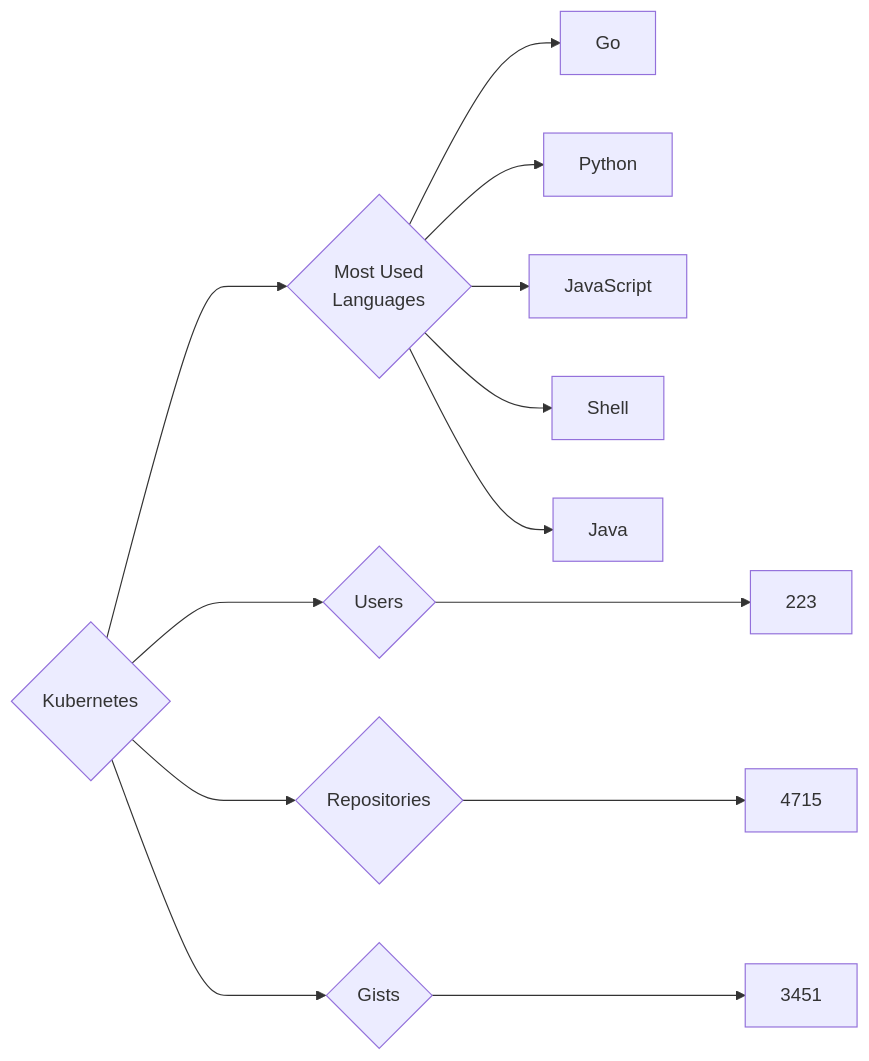
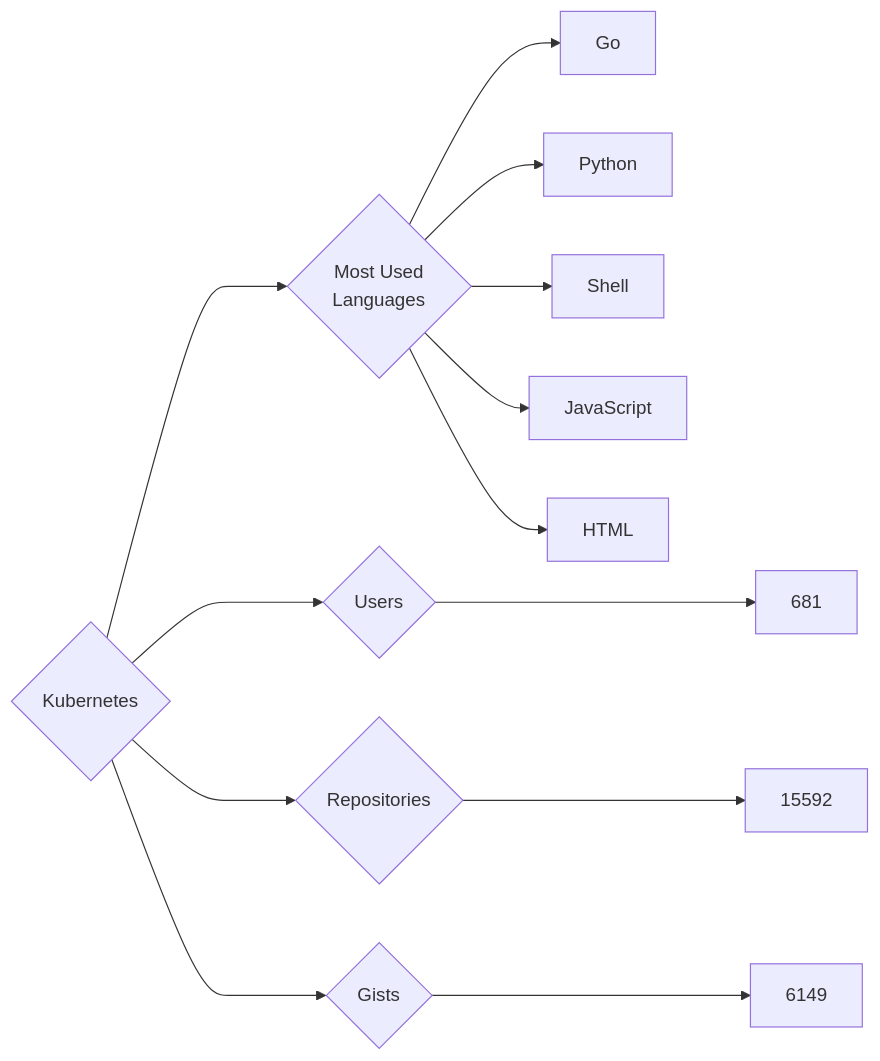
The diagram in targets/Kubernetes/README.md (trickest/insiders), drawn with Mermaid before and after one commit. The commit also changed 837 other files, not shown here.

````diff
--- a/targets/Kubernetes/README.md
+++ b/targets/Kubernetes/README.md
@@ -3,13 +3,13 @@
 ```mermaid
 graph LR
 COMPANY_NAME{Kubernetes}
-COMPANY_NAME ---> U{Users} ---> UN[223]
-COMPANY_NAME ---> R{Repositories} ---> RN[4715]
-COMPANY_NAME ---> G{Gists} ---> GN[3451]
+COMPANY_NAME ---> U{Users} ---> UN[681]
+COMPANY_NAME ---> R{Repositories} ---> RN[15592]
+COMPANY_NAME ---> G{Gists} ---> GN[6149]
 COMPANY_NAME ---> ML{Most Used<br>Languages}
 ML --> Go[Go]
 ML --> Python[Python]
+ML --> Shell[Shell]
 ML --> JavaScript[JavaScript]
-ML --> Shell[Shell]
-ML --> Java[Java]
+ML --> HTML[HTML]
 ```
````
